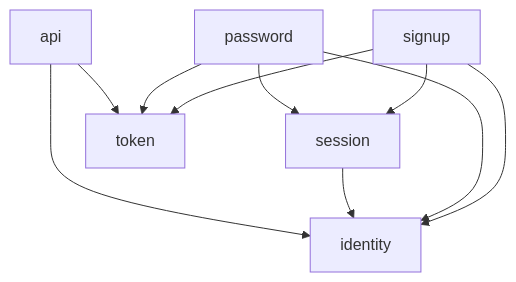
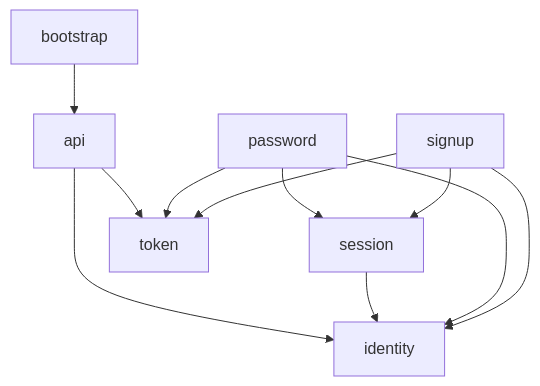
One commit to nemouw-platform/nemouw changed the second of 2 diagrams in docs/backend/architecture/README.md. Above: the diagram before and after it, drawn with Mermaid. The commit also changed other lines of this file and 5 other files, not shown here.

````diff
--- a/docs/backend/architecture/README.md
+++ b/docs/backend/architecture/README.md
@@ -57,12 +78,13 @@
 ```mermaid
 graph TD
+    bootstrap --> api
     signup --> session
     signup --> identity
     signup --> token
     password --> session
     password --> identity
     password --> token
     session --> identity
     api --> identity
     api --> token
 ```
````
